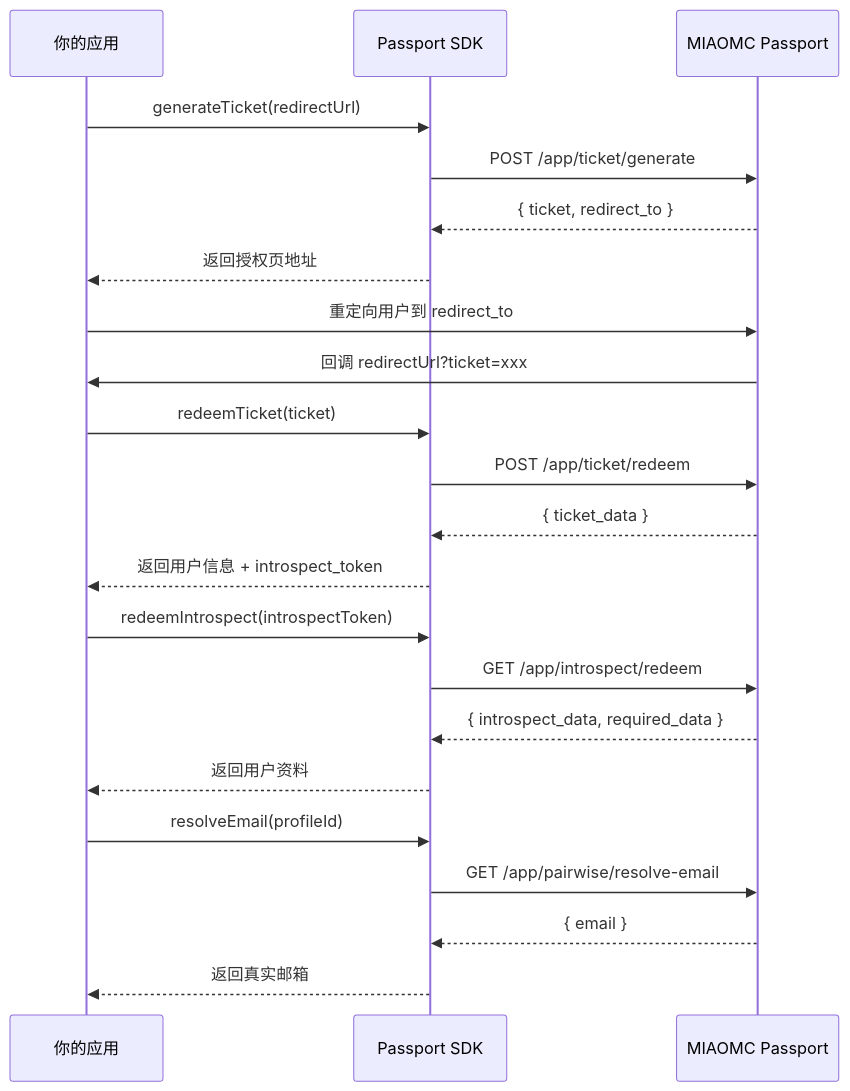
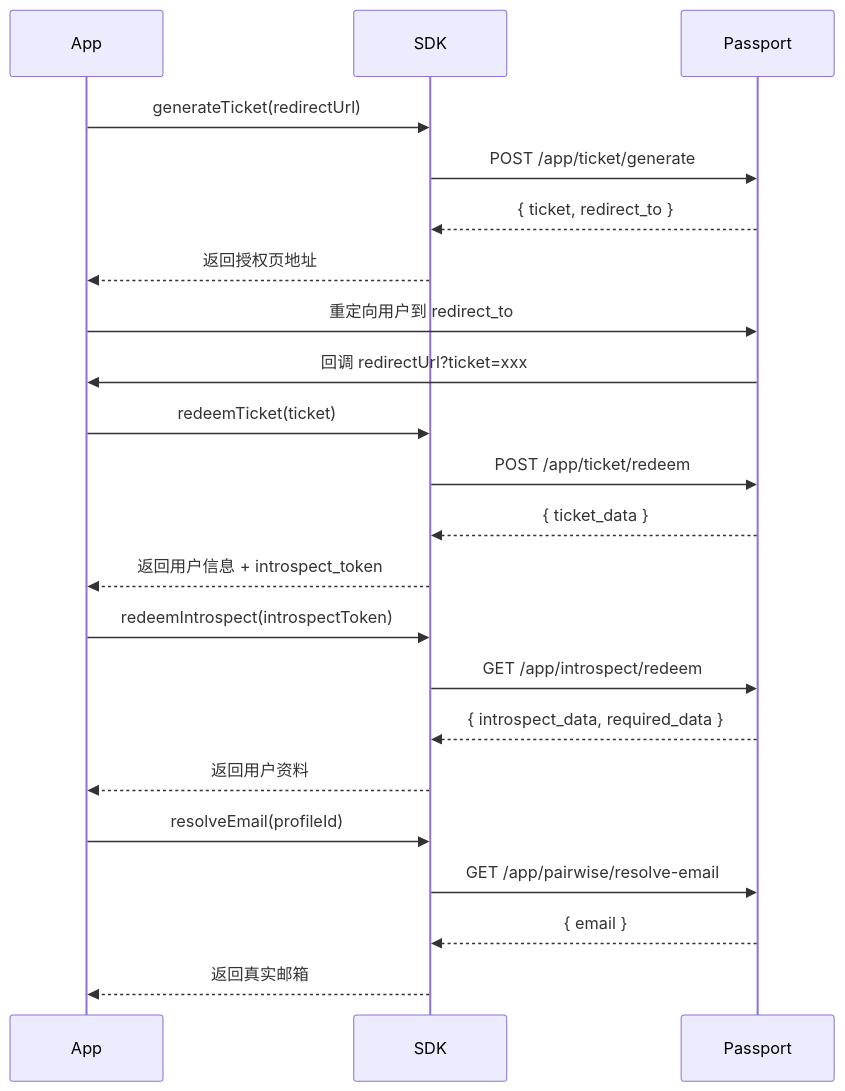
One commit to MIAOMC-Server/passport-node-sdk changed the diagram in README.md. Above: the diagram before and after it, drawn with Mermaid. The commit also changed other lines of this file and 1 other file, not shown here.

Commit message:
chron(doc): update readme.md

````diff
--- a/README.md
+++ b/README.md
@@ -256,29 +256,25 @@
 ```mermaid
 sequenceDiagram
-    participant App as 你的应用
-    participant SDK as Passport SDK
-    participant Passport as MIAOMC Passport
-
     App->>SDK: generateTicket(redirectUrl)
     SDK->>Passport: POST /app/ticket/generate
     Passport-->>SDK: { ticket, redirect_to }
     SDK-->>App: 返回授权页地址
 
     App->>Passport: 重定向用户到 redirect_to
     Passport->>App: 回调 redirectUrl?ticket=xxx
 
     App->>SDK: redeemTicket(ticket)
     SDK->>Passport: POST /app/ticket/redeem
     Passport-->>SDK: { ticket_data }
     SDK-->>App: 返回用户信息 + introspect_token
 
     App->>SDK: redeemIntrospect(introspectToken)
     SDK->>Passport: GET /app/introspect/redeem
     Passport-->>SDK: { introspect_data, required_data }
     SDK-->>App: 返回用户资料
 
     App->>SDK: resolveEmail(profileId)
     SDK->>Passport: GET /app/pairwise/resolve-email
     Passport-->>SDK: { email }
     SDK-->>App: 返回真实邮箱
 ```
````
